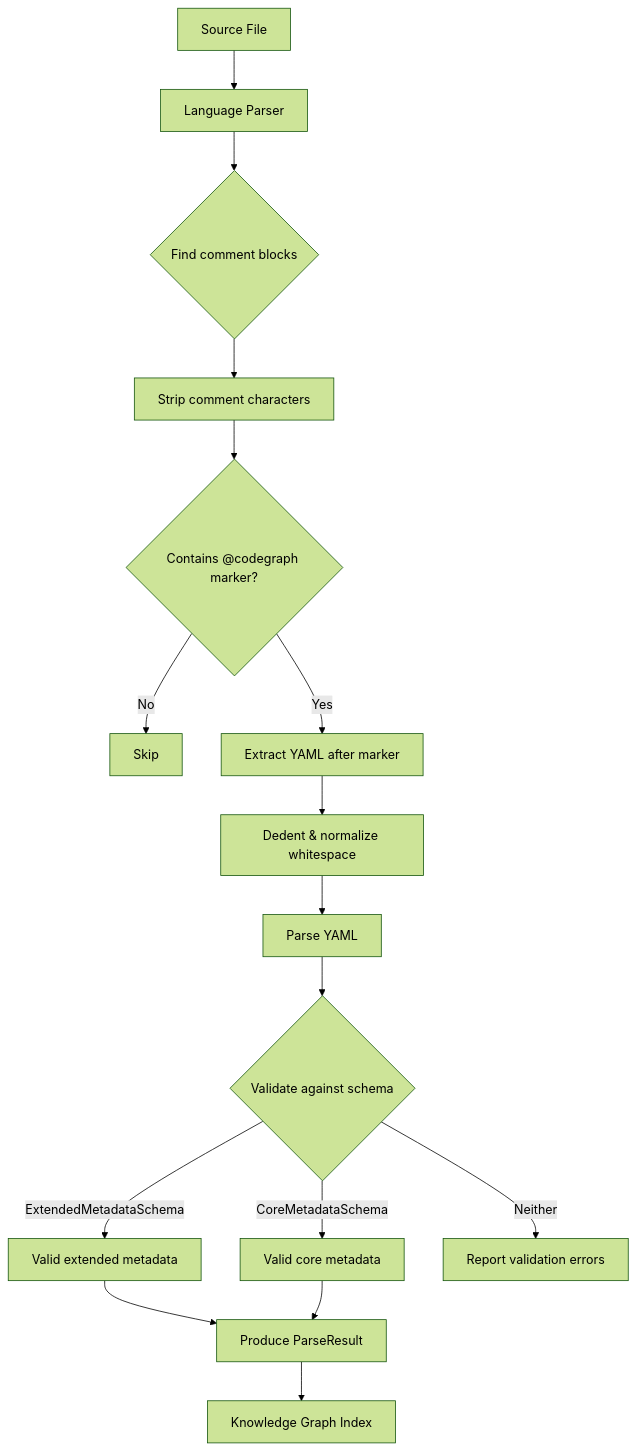
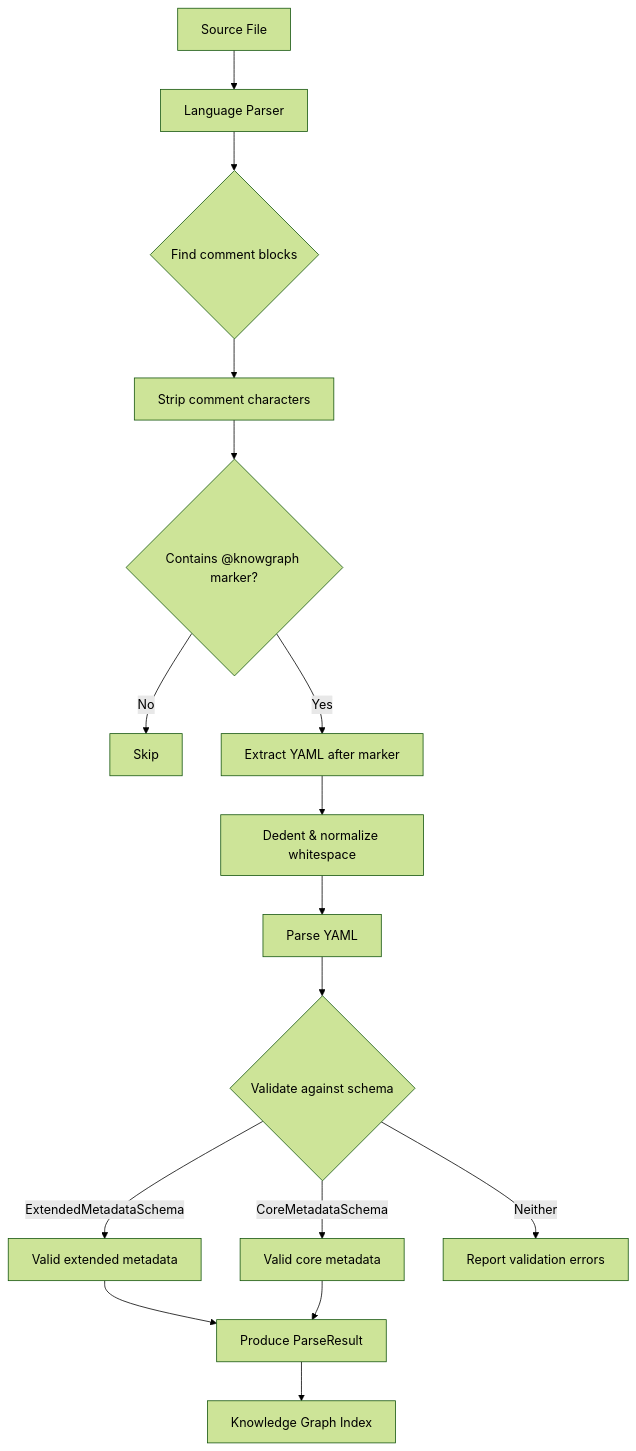
One commit to idosams/know-know changed the diagram in docs/annotations/README.md. Above: the diagram before and after it, drawn with Mermaid (forest theme). The commit also changed other lines of this file and 107 other files, not shown here.

First line of the commit message:
refactor: rename codegraph to knowgraph across entire project (#8)

````diff
--- a/docs/annotations/README.md
+++ b/docs/annotations/README.md
@@ -47,18 +47,18 @@
 ```mermaid
 flowchart TD
     A[Source File] --> B[Language Parser]
     B --> C{Find comment blocks}
     C --> D[Strip comment characters]
-    D --> E{Contains @codegraph marker?}
+    D --> E{Contains @knowgraph marker?}
     E -- No --> F[Skip]
     E -- Yes --> G[Extract YAML after marker]
     G --> H[Dedent & normalize whitespace]
     H --> I[Parse YAML]
     I --> J{Validate against schema}
     J -- ExtendedMetadataSchema --> K[Valid extended metadata]
     J -- CoreMetadataSchema --> L[Valid core metadata]
     J -- Neither --> M[Report validation errors]
     K --> N[Produce ParseResult]
     L --> N
     N --> O[Knowledge Graph Index]
 ```
````
